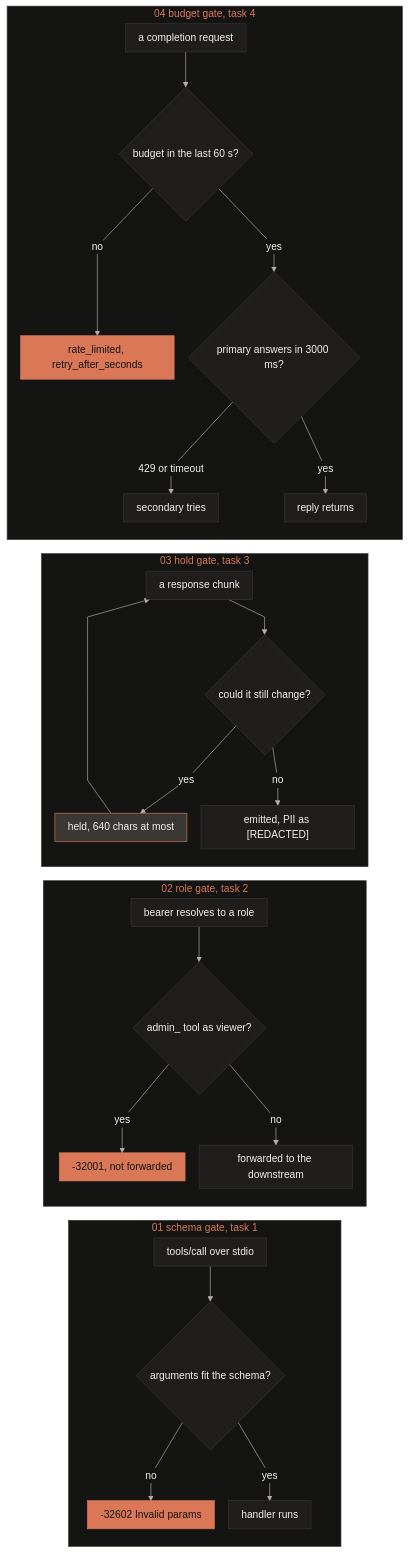
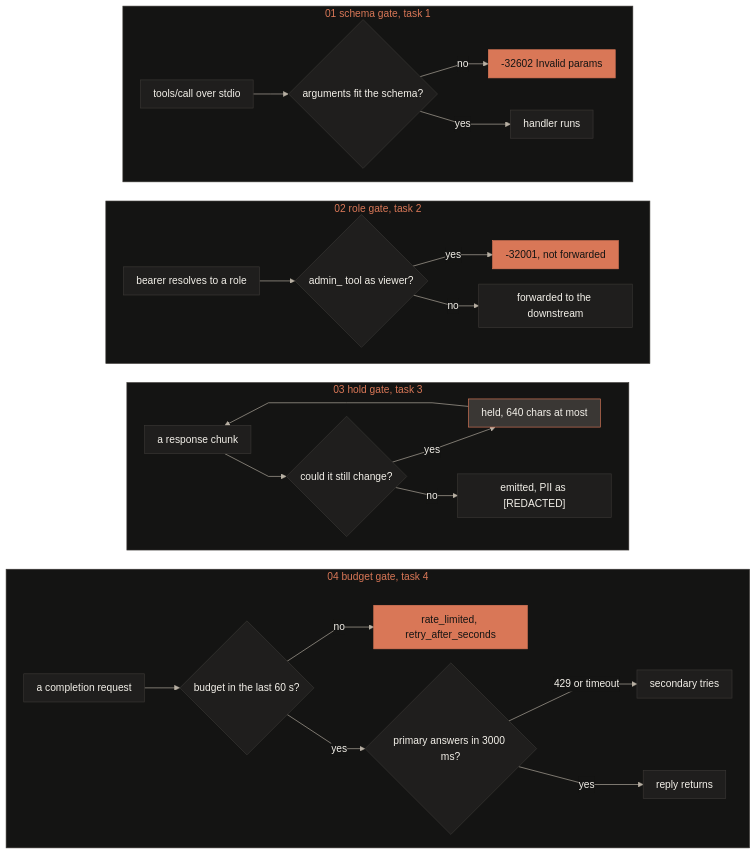
One commit to jameswniu/quilr-fde-assessment changed the diagram in README.md. Above: the diagram before and after it, drawn with Mermaid. The commit also changed 1 other file, not shown here.

Commit message:
Stack the mermaid lanes top to bottom, each read left to right

````diff
--- a/README.md
+++ b/README.md
@@ -142,35 +142,36 @@
 ```mermaid
 %%{init: {"theme": "base", "themeVariables": {"primaryColor": "#1F1E1D", "primaryTextColor": "#F4F1EA", "primaryBorderColor": "#3A3734", "lineColor": "#B8B0A4", "textColor": "#F4F1EA", "clusterBkg": "#141413", "clusterBorder": "#3A3734", "titleColor": "#D97757", "edgeLabelBackground": "#141413", "fontFamily": "SFMono-Regular,Menlo,Consolas,Liberation Mono,monospace", "fontSize": "16px"}, "flowchart": {"curve": "linear", "nodeSpacing": 22, "rankSpacing": 30, "padding": 10}}}%%
-flowchart LR
+flowchart TB
   subgraph S1["01 schema gate, task 1"]
-    direction TB
+    direction LR
     A1["tools/call over stdio"] --> A2{"arguments fit the schema?"}
     A2 -- no --> A3["-32602 Invalid params"]
     A2 -- yes --> A4["handler runs"]
   end
   subgraph S2["02 role gate, task 2"]
-    direction TB
+    direction LR
     B1["bearer resolves to a role"] --> B2{"admin_ tool as viewer?"}
     B2 -- yes --> B3["-32001, not forwarded"]
     B2 -- no --> B4["forwarded to the downstream"]
   end
   subgraph S3["03 hold gate, task 3"]
-    direction TB
+    direction LR
     C1["a response chunk"] --> C2{"could it still change?"}
     C2 -- yes --> C3["held, 640 chars at most"]
     C3 --> C1
     C2 -- no --> C4["emitted, PII as [REDACTED]"]
   end
   subgraph S4["04 budget gate, task 4"]
-    direction TB
+    direction LR
     D1["a completion request"] --> D2{"budget in the last 60 s?"}
     D2 -- no --> D3["rate_limited, retry_after_seconds"]
     D2 -- yes --> D4{"primary answers in 3000 ms?"}
     D4 -- "429 or timeout" --> D5["secondary tries"]
     D4 -- yes --> D6["reply returns"]
   end
+  S1 ~~~ S2 ~~~ S3 ~~~ S4
   classDef stop fill:#D97757,stroke:#D97757,color:#141413
   classDef hold fill:#3A3734,stroke:#D97757,color:#F4F1EA
   class A3,B3,D3 stop
   class C3 hold
 ```
````
